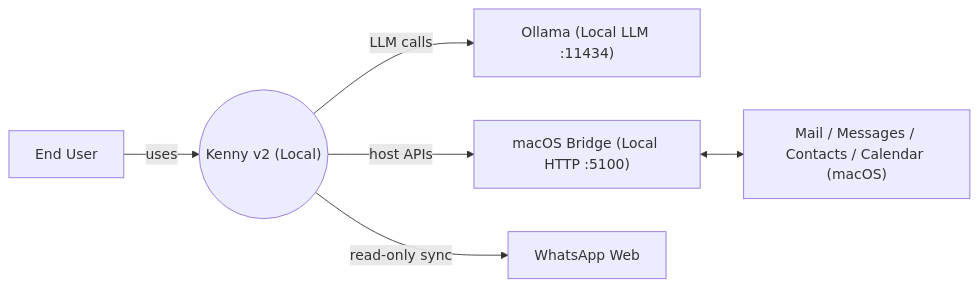
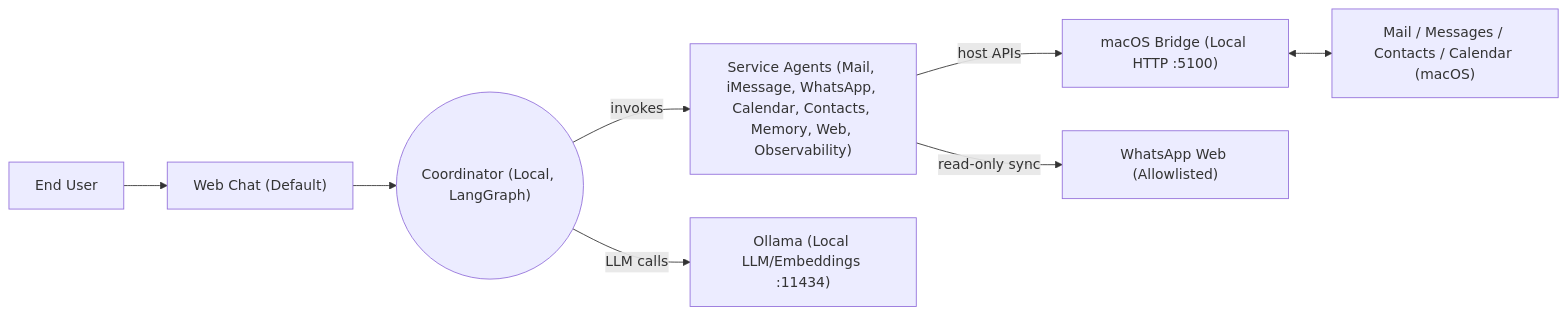
One commit to joshuawlim/Kenny-v2 changed the diagram in docs/architecture/diagrams/context.mmd. Above: the diagram before and after it, drawn with Mermaid. The commit also changed 23 other files, not shown here.

Commit message:
docs(architecture): standardize Web Chat as default conversation channel; migrate defaults to web, with optional telegram/whatsapp/imessage (ADR updates, module specs, diagrams, infra)

```diff
--- a/docs/architecture/diagrams/context.mmd
+++ b/docs/architecture/diagrams/context.mmd
@@ -1,15 +1,19 @@
-%% Mermaid system context (C4 Level 1)
+%% Mermaid system context (C4 Level 1) — Coordinator-led multi-agent
 
 flowchart LR
   user["End User"]
-  kenny(("Kenny v2 (Local)"))
-  ollama["Ollama (Local LLM :11434)"]
+  webui["Web Chat (Default)"]
+  coordinator(("Coordinator (Local, LangGraph)"))
+  agents["Service Agents (Mail, iMessage, WhatsApp, Calendar, Contacts, Memory, Web, Observability)"]
+  ollama["Ollama (Local LLM/Embeddings :11434)"]
   bridge["macOS Bridge (Local HTTP :5100)"]
-  wa["WhatsApp Web"]
+  wa["WhatsApp Web (Allowlisted)"]
   appleApps["Mail / Messages / Contacts / Calendar (macOS)"]
 
-  user -->|uses| kenny
-  kenny -->|LLM calls| ollama
-  kenny -->|host APIs| bridge
+  user --> webui
+  webui --> coordinator
+  coordinator -->|invokes| agents
+  coordinator -->|LLM calls| ollama
+  agents -->|host APIs| bridge
   bridge <--> appleApps
-  kenny -->|read-only sync| wa
+  agents -->|read-only sync| wa
```
